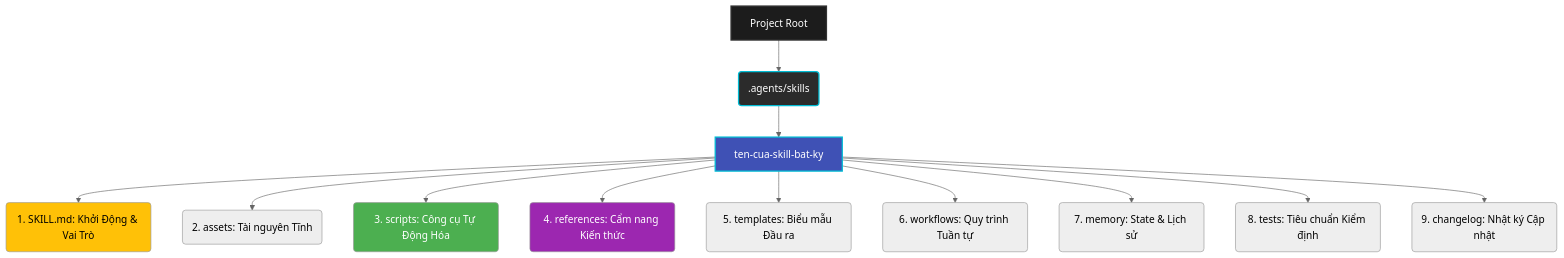
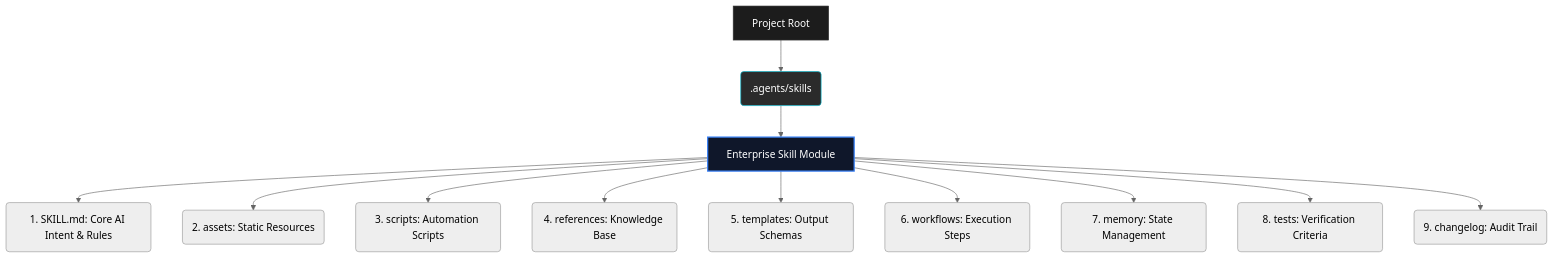
The first of 2 diagrams in README.md (xaotiensinh-abm/abm-workforce), drawn with Mermaid (neutral theme) before and after one commit. The commit also changed other lines of this file, not shown here.

Commit message:
docs: sync Enterprise README

````diff
--- a/README.md
+++ b/README.md
@@ -64,22 +23,19 @@
 ```mermaid
 graph TD
     A[Project Root] --> B(.agents/skills)
-    B --> C[ten-cua-skill-bat-ky]
+    B --> C[Enterprise Skill Module]
     
-    C --> L1(1. SKILL.md: Khởi Động & Vai Trò)
-    C --> L2(2. assets: Tài nguyên Tĩnh)
-    C --> L3(3. scripts: Công cụ Tự Động Hóa)
-    C --> L4(4. references: Cẩm nang Kiến thức)
-    C --> L5(5. templates: Biểu mẫu Đầu ra)
-    C --> L6(6. workflows: Quy trình Tuần tự)
-    C --> L7(7. memory: State & Lịch sử)
-    C --> L8(8. tests: Tiêu chuẩn Kiểm định)
-    C --> L9(9. changelog: Nhật ký Cập nhật)
+    C --> L1(1. SKILL.md: Core AI Intent & Rules)
+    C --> L2(2. assets: Static Resources)
+    C --> L3(3. scripts: Automation Scripts)
+    C --> L4(4. references: Knowledge Base)
+    C --> L5(5. templates: Output Schemas)
+    C --> L6(6. workflows: Execution Steps)
+    C --> L7(7. memory: State Management)
+    C --> L8(8. tests: Verification Criteria)
+    C --> L9(9. changelog: Audit Trail)
     
-    style A fill:#1c1c1c,stroke:#333,stroke-width:2px,color:#fff
-    style B fill:#2b2b2b,stroke:#00bcd4,stroke-width:2px,color:#fff
-    style C fill:#3f51b5,stroke:#00bcd4,stroke-width:2px,color:#fff
-    style L1 fill:#ffc107,color:#000
-    style L3 fill:#4CAF50,color:#fff
-    style L4 fill:#9C27B0,color:#fff
+    style A fill:#1c1c1c,stroke:#333,color:#fff
+    style B fill:#2b2b2b,stroke:#00bcd4,color:#fff
+    style C fill:#0f172a,stroke:#3b82f6,stroke-width:2px,color:#fff
 ```
````
